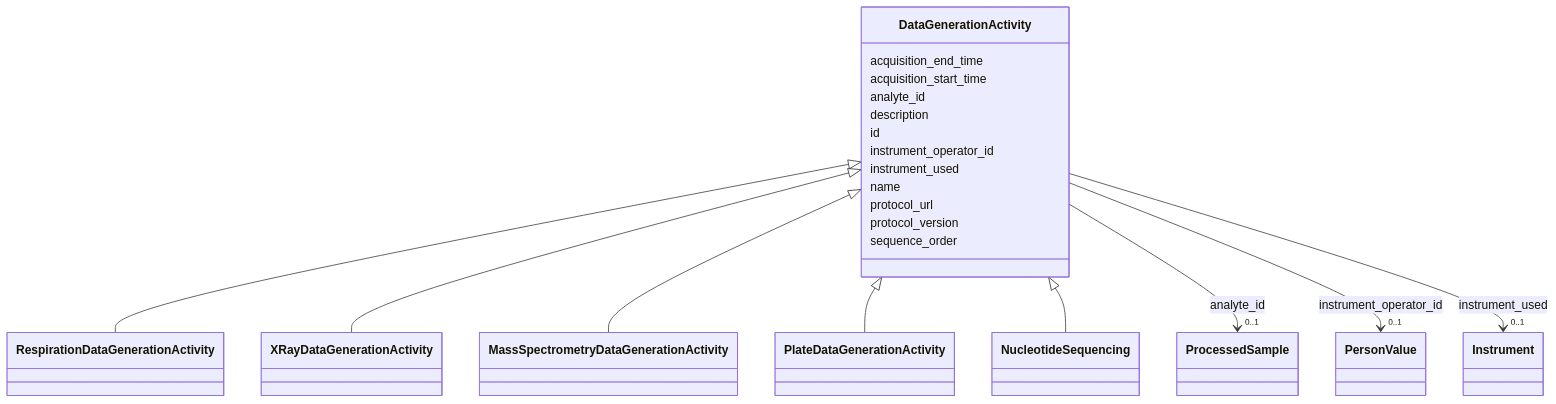
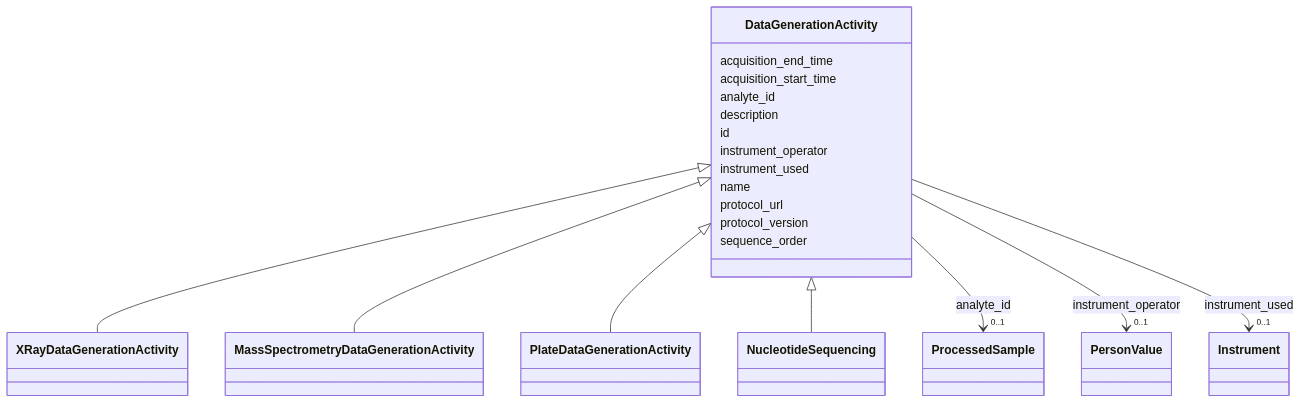
The diagram in docs/elements/DataGenerationActivity.md (EMSL-Computing/BASALT-Schema), drawn with Mermaid before and after one commit. The commit also changed other lines of this file and 550 other files, not shown here.

````diff
--- a/docs/elements/DataGenerationActivity.md
+++ b/docs/elements/DataGenerationActivity.md
@@ -22,66 +22,64 @@
 ```mermaid
  classDiagram
     class DataGenerationActivity
     click DataGenerationActivity href "../DataGenerationActivity/"
-      DataGenerationActivity <|-- RespirationDataGenerationActivity
-        click RespirationDataGenerationActivity href "../RespirationDataGenerationActivity/"
       DataGenerationActivity <|-- XRayDataGenerationActivity
         click XRayDataGenerationActivity href "../XRayDataGenerationActivity/"
       DataGenerationActivity <|-- MassSpectrometryDataGenerationActivity
         click MassSpectrometryDataGenerationActivity href "../MassSpectrometryDataGenerationActivity/"
       DataGenerationActivity <|-- PlateDataGenerationActivity
         click PlateDataGenerationActivity href "../PlateDataGenerationActivity/"
       DataGenerationActivity <|-- NucleotideSequencing
         click NucleotideSequencing href "../NucleotideSequencing/"
       
       DataGenerationActivity : acquisition_end_time
         
       DataGenerationActivity : acquisition_start_time
         
       DataGenerationActivity : analyte_id
         
           
     
         
         
         DataGenerationActivity --> "0..1" ProcessedSample : analyte_id
         click ProcessedSample href "../ProcessedSample/"
     
 
         
       DataGenerationActivity : description
         
       DataGenerationActivity : id
         
-      DataGenerationActivity : instrument_operator_id
+      DataGenerationActivity : instrument_operator
         
           
     
         
         
-        DataGenerationActivity --> "0..1" PersonValue : instrument_operator_id
+        DataGenerationActivity --> "0..1" PersonValue : instrument_operator
         click PersonValue href "../PersonValue/"
     
 
         
       DataGenerationActivity : instrument_used
         
           
     
         
         
         DataGenerationActivity --> "0..1" Instrument : instrument_used
         click Instrument href "../Instrument/"
     
 
         
       DataGenerationActivity : name
         
       DataGenerationActivity : protocol_url
         
       DataGenerationActivity : protocol_version
         
       DataGenerationActivity : sequence_order
         
       
 ```
````
